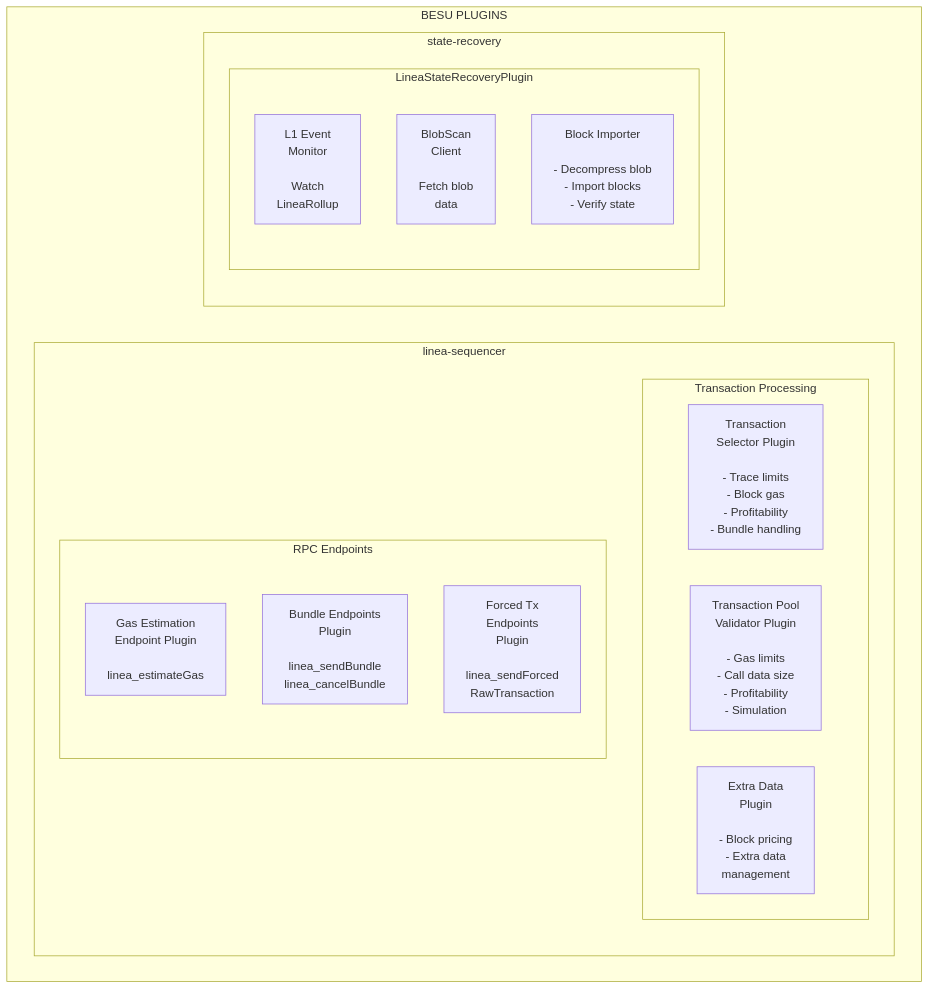
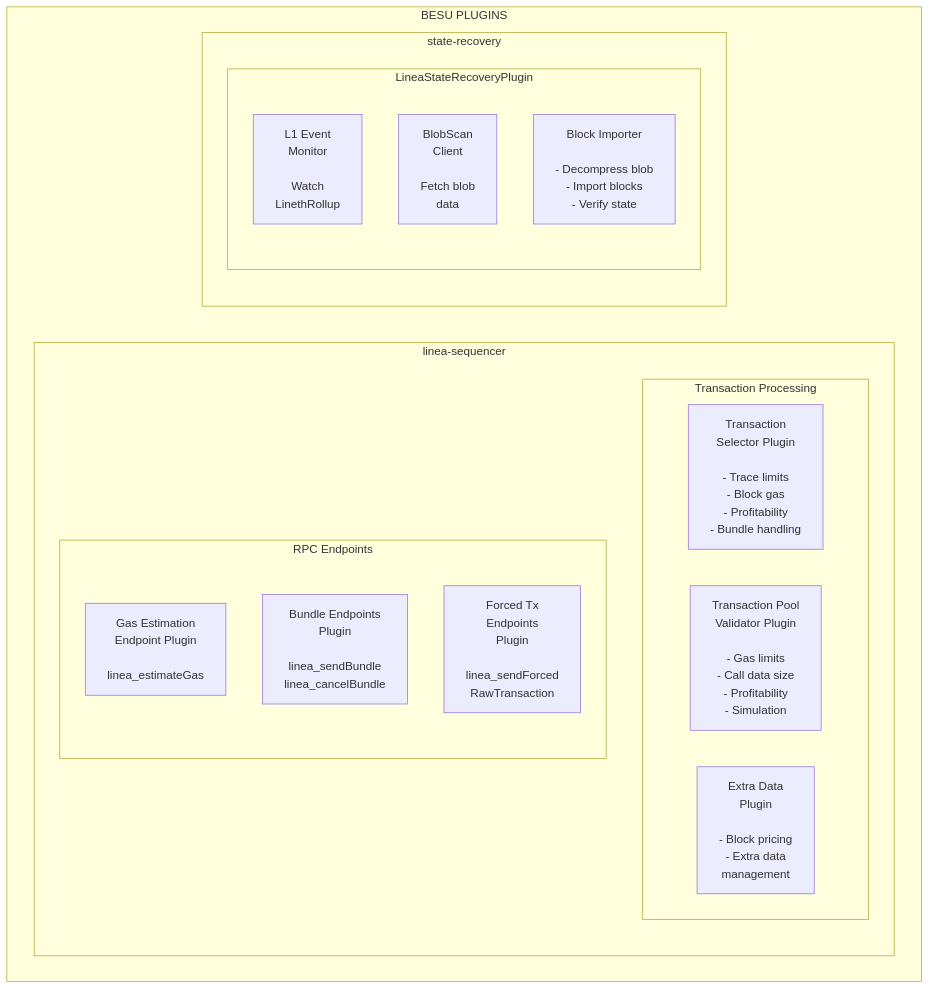
Before and after one commit to LFDT-Lineth/lineth-monorepo: the diagram in docs/tech/diagrams/besu-plugins-architecture.mmd, drawn with Mermaid. The commit also changed 248 other files, not shown here.

First line of the commit message:
chore(contracts): rename LineaRollup to LinethRollup

```diff
--- a/docs/tech/diagrams/besu-plugins-architecture.mmd
+++ b/docs/tech/diagrams/besu-plugins-architecture.mmd
@@ -1,25 +1,25 @@
 %% Besu Plugins Architecture
 flowchart TB
     subgraph BesuPlugins["BESU PLUGINS"]
         subgraph LineaSequencer["linea-sequencer"]
             subgraph TopRow["Transaction Processing"]
                 TxSelector["Transaction<br/>Selector Plugin<br/><br/>- Trace limits<br/>- Block gas<br/>- Profitability<br/>- Bundle handling"]
                 TxPoolValidator["Transaction Pool<br/>Validator Plugin<br/><br/>- Gas limits<br/>- Call data size<br/>- Profitability<br/>- Simulation"]
                 ExtraData["Extra Data<br/>Plugin<br/><br/>- Block pricing<br/>- Extra data<br/>management"]
             end
             
             subgraph BottomRow["RPC Endpoints"]
                 GasEstimation["Gas Estimation<br/>Endpoint Plugin<br/><br/>linea_estimateGas"]
                 BundleEndpoints["Bundle Endpoints<br/>Plugin<br/><br/>linea_sendBundle<br/>linea_cancelBundle"]
                 ForcedTx["Forced Tx<br/>Endpoints<br/>Plugin<br/><br/>linea_sendForced<br/>RawTransaction"]
             end
         end
 
         subgraph StateRecovery["state-recovery"]
             subgraph RecoveryPlugin["LineaStateRecoveryPlugin"]
-                L1Monitor["L1 Event<br/>Monitor<br/><br/>Watch<br/>LineaRollup"]
+                L1Monitor["L1 Event<br/>Monitor<br/><br/>Watch<br/>LinethRollup"]
                 BlobScanClient["BlobScan<br/>Client<br/><br/>Fetch blob<br/>data"]
                 BlockImporter["Block Importer<br/><br/>- Decompress blob<br/>- Import blocks<br/>- Verify state"]
             end
         end
     end
```
